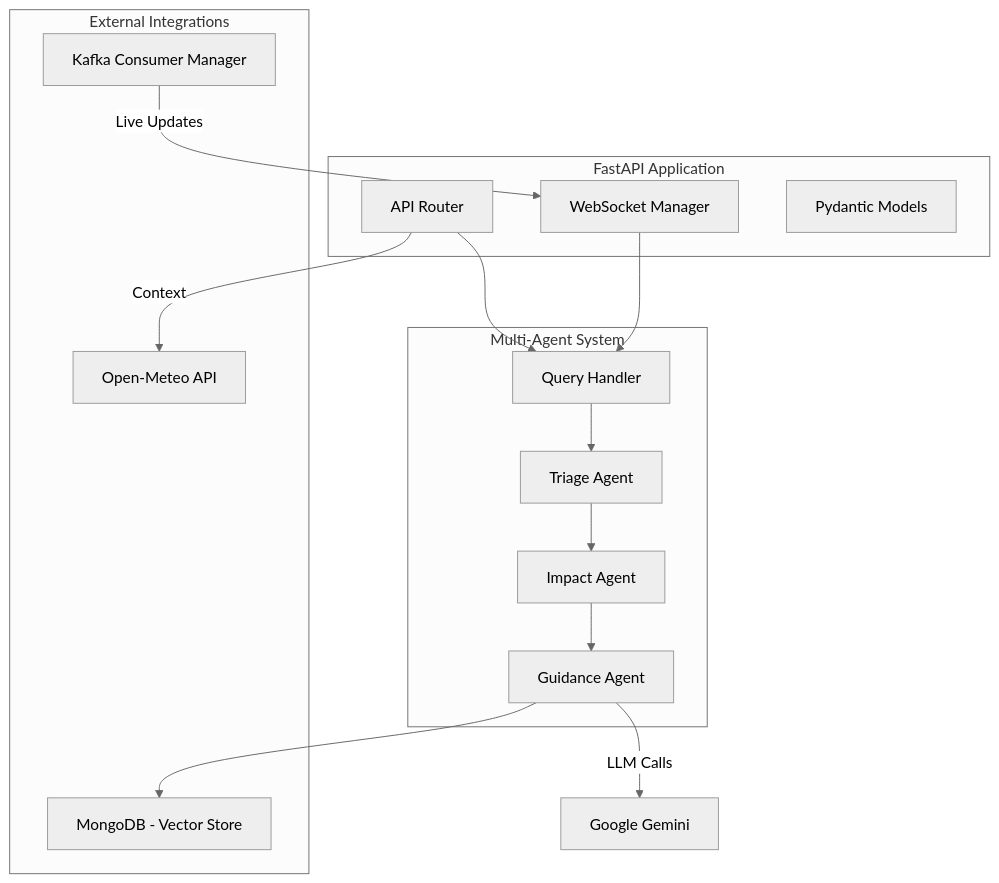
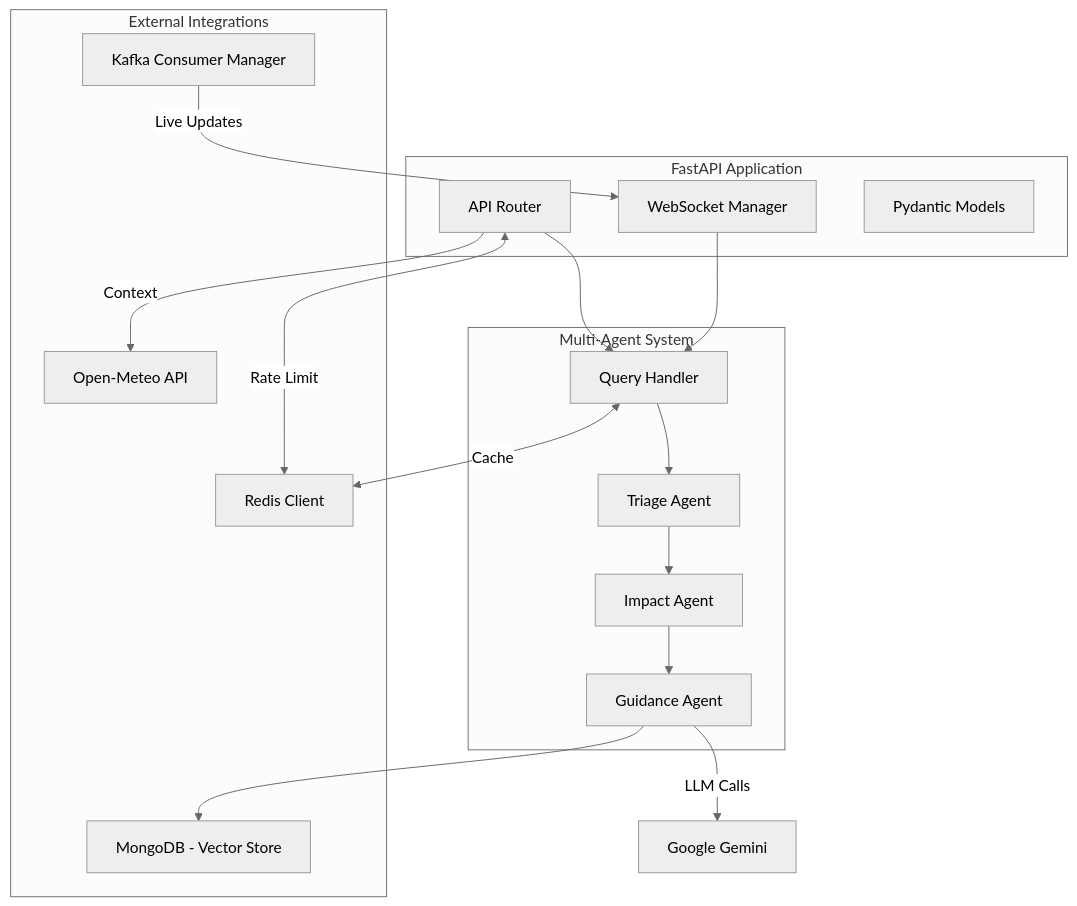
The third of 4 diagrams in README.md (samalpartha/CivicSense), drawn with Mermaid (neutral theme) before and after one commit. The commit also changed other lines of this file and 11 other files, not shown here.

````diff
--- a/README.md
+++ b/README.md
@@ -142,34 +144,37 @@
 ```mermaid
 graph TD
     subgraph FastAPILayer [FastAPI Application]
         API[API Router]
         WS[WebSocket Manager]
         Models[Pydantic Models]
     end
 
     subgraph AgentLayer [Multi-Agent System]
         Orchestrator[Query Handler]
         Triage[Triage Agent]
         Impact[Impact Agent]
         Guide[Guidance Agent]
     end
 
     subgraph Integrations [External Integrations]
         Mongo[MongoDB - Vector Store]
         KafkaMgr[Kafka Consumer Manager]
         Weather[Open-Meteo API]
+        Redis[Redis Client]
     end
 
     API --> Orchestrator
     WS --> Orchestrator
     
     Orchestrator --> Triage
     Triage --> Impact
     Impact --> Guide
     
     Guide --> Mongo
     Guide -->|LLM Calls| Gemini2[Google Gemini]
     
     KafkaMgr -->|Live Updates| WS
     API -->|Context| Weather
+    API <-->|Rate Limit| Redis
+    Orchestrator <-->|Cache| Redis
 ```
````
